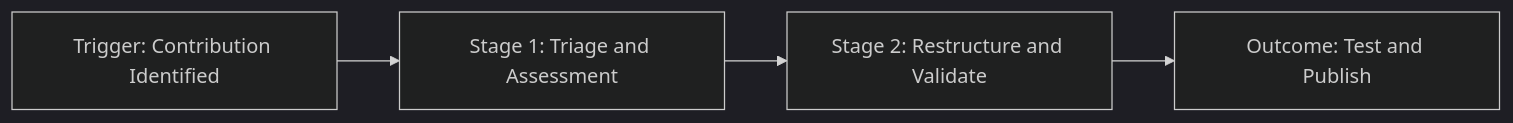
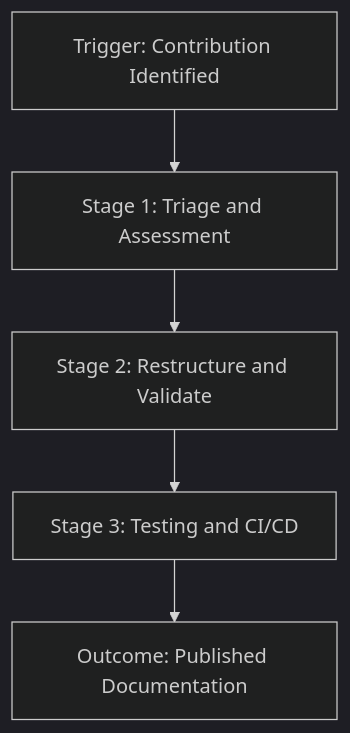
The diagram in docs/industry-terms/knowledge-harvesting.md (vaishvanara/techwritingkb), drawn with Mermaid (dark theme) before and after one commit. The commit also changed other lines of this file and 51 other files, not shown here.

````diff
--- a/docs/industry-terms/knowledge-harvesting.md
+++ b/docs/industry-terms/knowledge-harvesting.md
@@ -46,6 +46,7 @@
 ```mermaid
-graph LR
+graph TD
     A[Trigger: Contribution Identified] --> B[Stage 1: Triage and Assessment]
     B --> C[Stage 2: Restructure and Validate]
-    C --> D[Outcome: Test and Publish]
+    C --> D[Stage 3: Testing and CI/CD]
+    D --> E[Outcome: Published Documentation]
 ```
````
